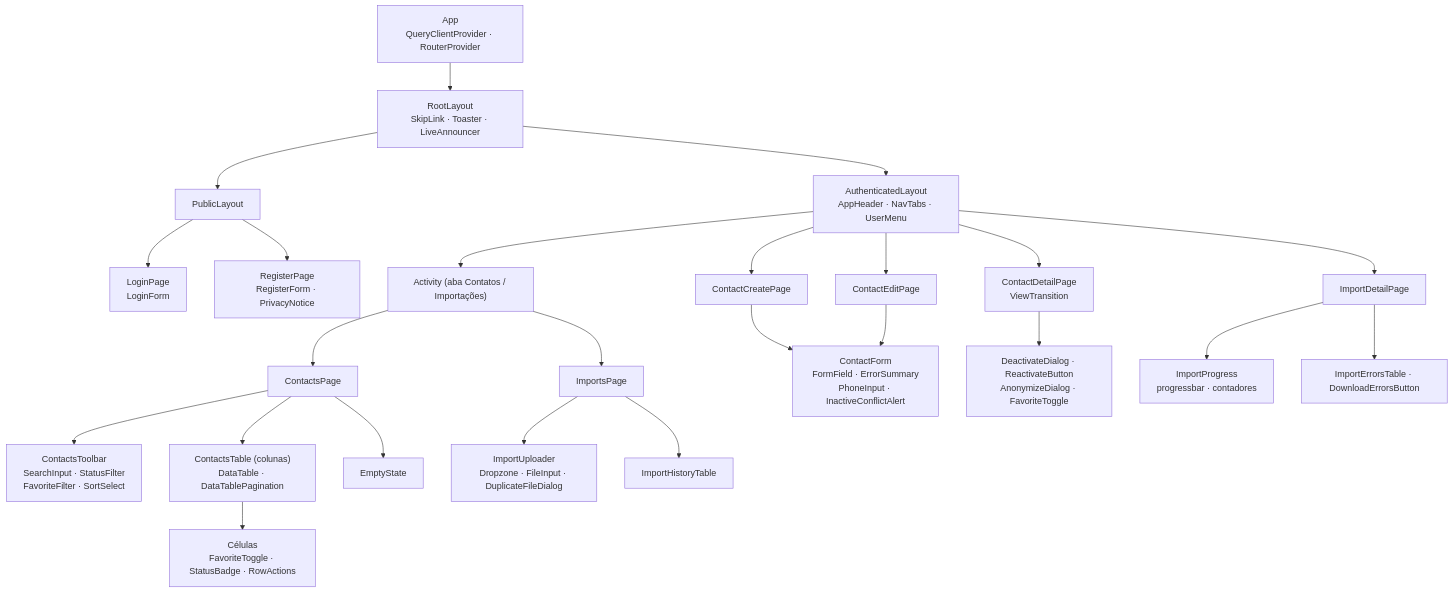
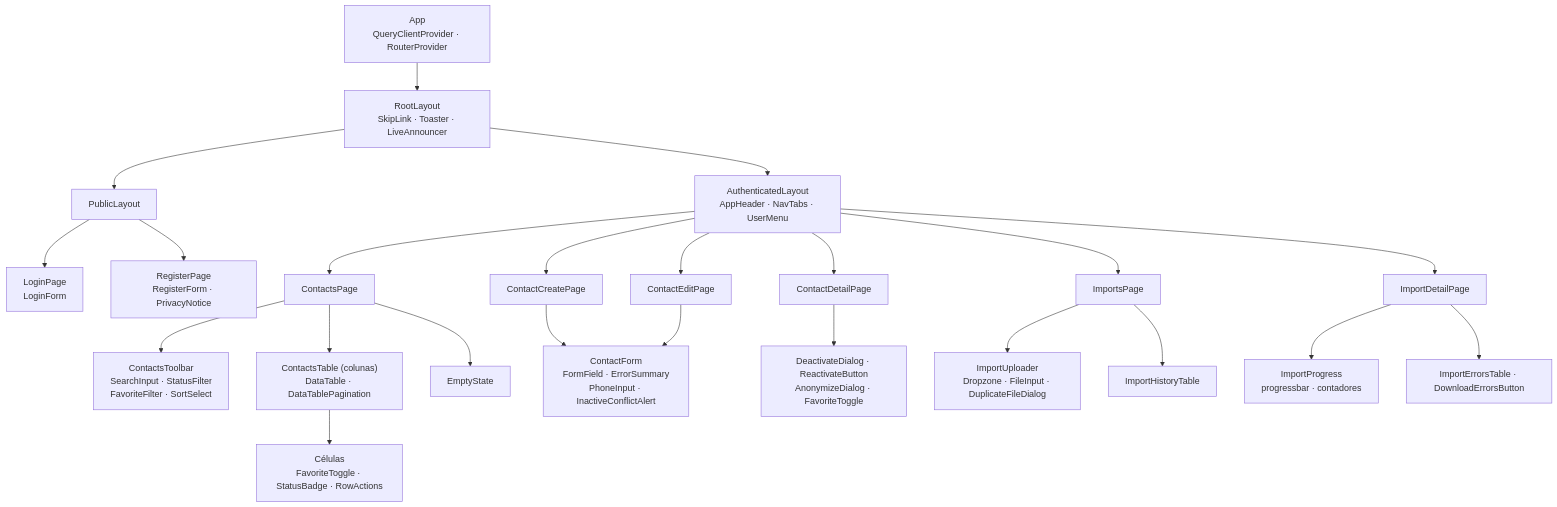
The first of 3 diagrams in docs/06-frontend.md (JulianePires/unimed-contact-manager), drawn with Mermaid before and after one commit. The commit also changed other lines of this file and 22 other files, not shown here.

````diff
--- a/docs/06-frontend.md
+++ b/docs/06-frontend.md
@@ -26,27 +26,26 @@
 ```mermaid
 flowchart TB
   App["App<br/>QueryClientProvider · RouterProvider"] --> Root["RootLayout<br/>SkipLink · Toaster · LiveAnnouncer"]
   Root --> Pub["PublicLayout"]
   Root --> Auth["AuthenticatedLayout<br/>AppHeader · NavTabs · UserMenu"]
 
   Pub --> Login["LoginPage<br/>LoginForm"]
   Pub --> Register["RegisterPage<br/>RegisterForm · PrivacyNotice"]
 
-  Auth --> Act["Activity (aba Contatos / Importações)"]
-  Act --> CList["ContactsPage"]
-  Act --> IList["ImportsPage"]
+  Auth --> CList["ContactsPage"]
+  Auth --> IList["ImportsPage"]
 
   CList --> Toolbar["ContactsToolbar<br/>SearchInput · StatusFilter<br/>FavoriteFilter · SortSelect"]
   CList --> Table["ContactsTable (colunas)<br/>DataTable · DataTablePagination"]
   Table --> Cells["Células<br/>FavoriteToggle · StatusBadge · RowActions"]
   CList --> Empty["EmptyState"]
 
   Auth --> CNew["ContactCreatePage"] --> CForm["ContactForm<br/>FormField · ErrorSummary<br/>PhoneInput · InactiveConflictAlert"]
   Auth --> CEdit["ContactEditPage"] --> CForm
-  Auth --> CDetail["ContactDetailPage<br/>ViewTransition"] --> CActions["DeactivateDialog · ReactivateButton<br/>AnonymizeDialog · FavoriteToggle"]
+  Auth --> CDetail["ContactDetailPage"] --> CActions["DeactivateDialog · ReactivateButton<br/>AnonymizeDialog · FavoriteToggle"]
 
   IList --> Upload["ImportUploader<br/>Dropzone · FileInput · DuplicateFileDialog"]
   IList --> History["ImportHistoryTable"]
   Auth --> IDetail["ImportDetailPage"] --> Prog["ImportProgress<br/>progressbar · contadores"]
   IDetail --> Errs["ImportErrorsTable · DownloadErrorsButton"]
 ```
````
